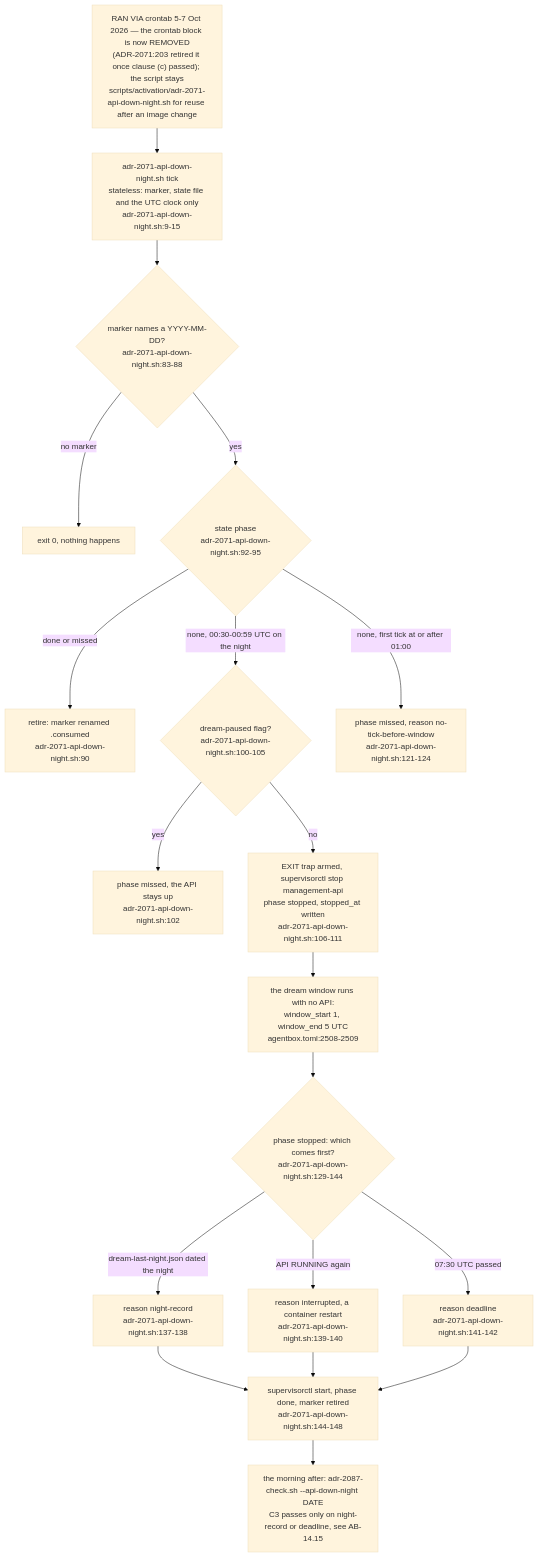
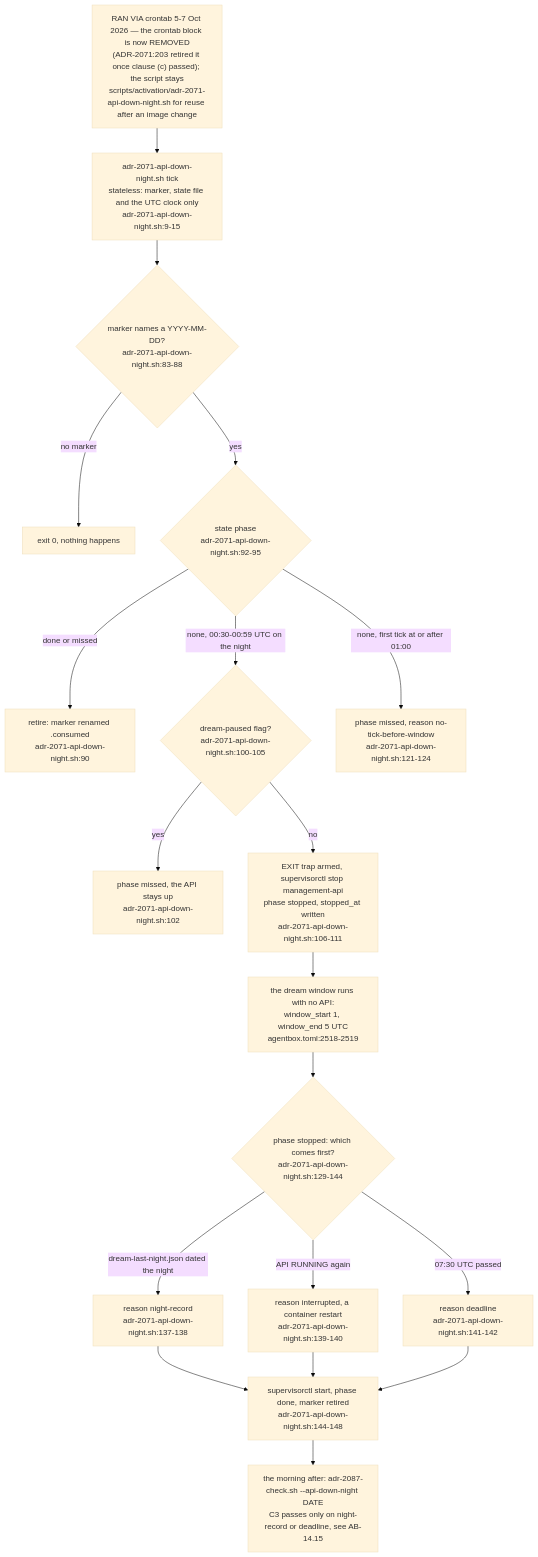
One commit to DreamLab-AI/VisionFlow changed diagram 19 of 20 in docs/diagrams/agentbox/23-dream-engine.md. Above: the diagram before and after it, drawn with Mermaid (base theme). The commit also changed other lines of this file and 12 other files, not shown here.

First line of the commit message:
docs(diagrams): map the dream-engine extraction (AB-23, ES-05, ES-90, new DE area)

````diff
--- a/docs/diagrams/agentbox/23-dream-engine.md
+++ b/docs/diagrams/agentbox/23-dream-engine.md
@@ -999,22 +948,22 @@
 ```mermaid
 flowchart TB
     CRON["RAN VIA crontab 5-7 Oct 2026 — the crontab block is now REMOVED<br/>#40;ADR-2071:203 retired it once clause #40;c#41; passed#41;; the script stays<br/>scripts/activation/adr-2071-api-down-night.sh for reuse after an image change"]
     CRON --> TICK["adr-2071-api-down-night.sh tick<br/>stateless: marker, state file and the UTC clock only<br/>adr-2071-api-down-night.sh:9-15"]
     TICK --> MK{"marker names a YYYY-MM-DD?<br/>adr-2071-api-down-night.sh:83-88"}
     MK -->|"no marker"| NOOP["exit 0, nothing happens"]
     MK -->|"yes"| PH{"state phase<br/>adr-2071-api-down-night.sh:92-95"}
     PH -->|"done or missed"| RET["retire: marker renamed .consumed<br/>adr-2071-api-down-night.sh:90"]
     PH -->|"none, 00:30-00:59 UTC on the night"| PAUSE{"dream-paused flag?<br/>adr-2071-api-down-night.sh:100-105"}
     PAUSE -->|"yes"| MISS["phase missed, the API stays up<br/>adr-2071-api-down-night.sh:102"]
     PAUSE -->|"no"| STOP["EXIT trap armed, supervisorctl stop management-api<br/>phase stopped, stopped_at written<br/>adr-2071-api-down-night.sh:106-111"]
     PH -->|"none, first tick at or after 01:00"| MISS2["phase missed, reason no-tick-before-window<br/>adr-2071-api-down-night.sh:121-124"]
-    STOP --> NIGHT["the dream window runs with no API:<br/>window_start 1, window_end 5 UTC<br/>agentbox.toml:2508-2509"]
+    STOP --> NIGHT["the dream window runs with no API:<br/>window_start 1, window_end 5 UTC<br/>agentbox.toml:2518-2519"]
     NIGHT --> RS{"phase stopped: which comes first?<br/>adr-2071-api-down-night.sh:129-144"}
     RS -->|"dream-last-night.json dated the night"| R1["reason night-record<br/>adr-2071-api-down-night.sh:137-138"]
     RS -->|"API RUNNING again"| R2["reason interrupted, a container restart<br/>adr-2071-api-down-night.sh:139-140"]
     RS -->|"07:30 UTC passed"| R3["reason deadline<br/>adr-2071-api-down-night.sh:141-142"]
     R1 --> START["supervisorctl start, phase done, marker retired<br/>adr-2071-api-down-night.sh:144-148"]
     R2 --> START
     R3 --> START
     START --> CHK["the morning after: adr-2087-check.sh --api-down-night DATE<br/>C3 passes only on night-record or deadline, see AB-14.15"]
 ```
````
